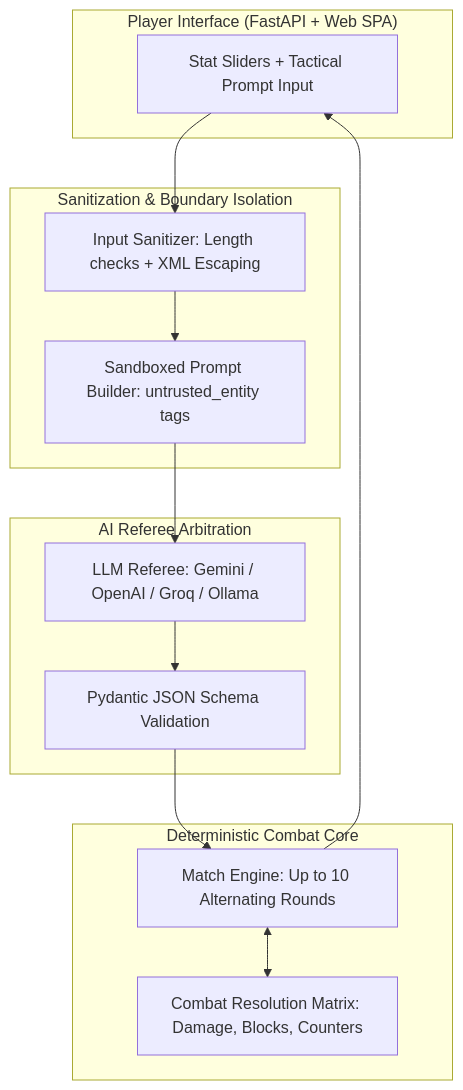
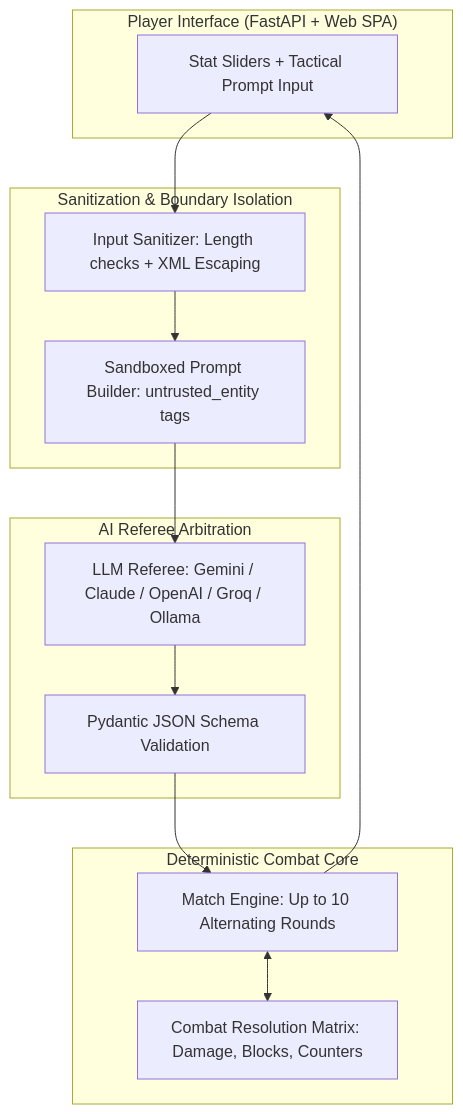
Before and after one commit to GaspareDev/PromptJoust: the diagram in README.md, drawn with Mermaid. The commit also changed other lines of this file and 18 other files, not shown here.

First line of the commit message:
feat: achieve 100% test coverage, optimize referee prompts and all LLM adapters

````diff
--- a/README.md
+++ b/README.md
@@ -43,24 +45,25 @@
 ```mermaid
 flowchart TD
     subgraph UI ["Player Interface (FastAPI + Web SPA)"]
         A[Stat Sliders + Tactical Prompt Input]
     end
 
     subgraph Defense ["Sanitization & Boundary Isolation"]
         B[Input Sanitizer: Length checks + XML Escaping]
         C[Sandboxed Prompt Builder: untrusted_entity tags]
     end
 
     subgraph AI ["AI Referee Arbitration"]
-        D[LLM Referee: Gemini / OpenAI / Groq / Ollama]
+        D[LLM Referee: Gemini / Claude / OpenAI / Groq / Ollama]
         E[Pydantic JSON Schema Validation]
     end
+
 
     subgraph Core ["Deterministic Combat Core"]
         F[Combat Resolution Matrix: Damage, Blocks, Counters]
         G[Match Engine: Up to 10 Alternating Rounds]
     end
 
     A --> B --> C --> D --> E --> G <--> F
     G --> A
 ```
````
